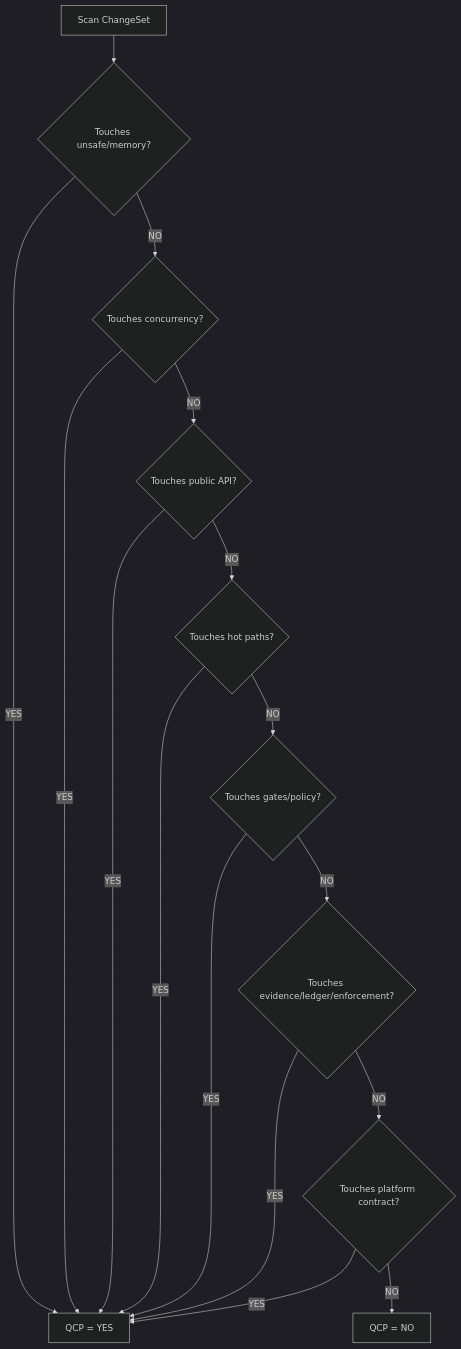
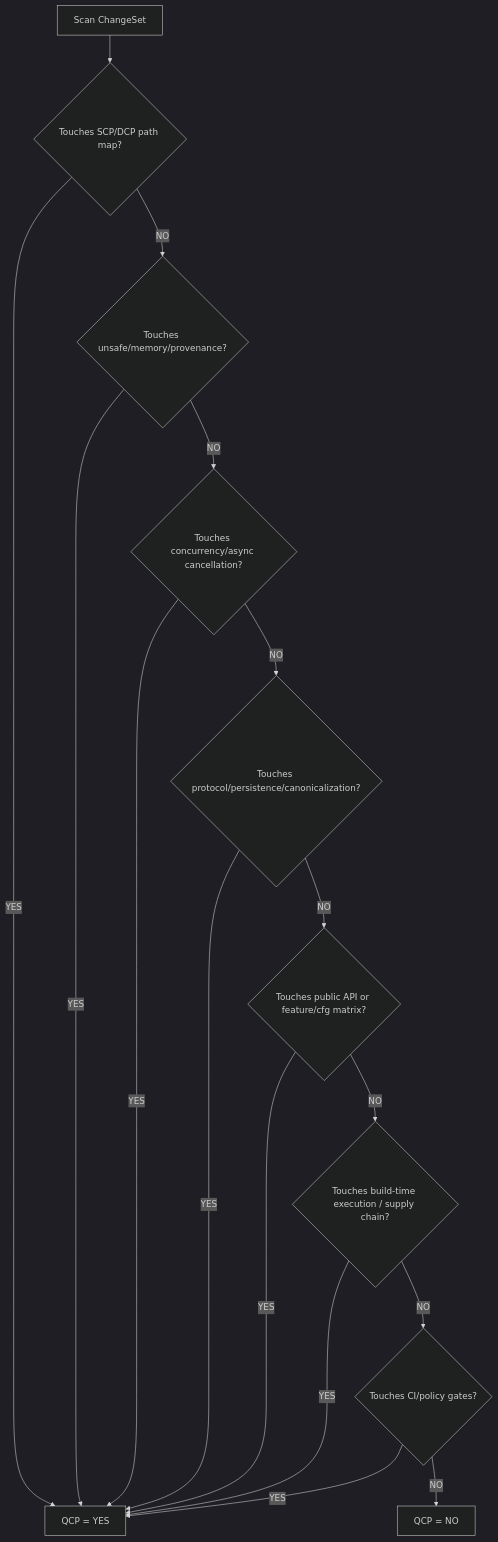
The diagram in documents/skills/rust-standards/references/04_qcp_classification.md (rumi-engineering/apm2), drawn with Mermaid (dark theme) before and after one commit. The commit also changed other lines of this file and 40 other files, not shown here.

````diff
--- a/documents/skills/rust-standards/references/04_qcp_classification.md
+++ b/documents/skills/rust-standards/references/04_qcp_classification.md
@@ -14,21 +25,21 @@
 ```mermaid
 flowchart TD
-    START[Scan ChangeSet] --> A{Touches unsafe/memory?}
+    START[Scan ChangeSet] --> A{Touches SCP/DCP path map?}
     A -->|YES| QCP_YES
-    A -->|NO| B{Touches concurrency?}
+    A -->|NO| B{Touches unsafe/memory/provenance?}
     B -->|YES| QCP_YES
-    B -->|NO| C{Touches public API?}
+    B -->|NO| C{Touches concurrency/async cancellation?}
     C -->|YES| QCP_YES
-    C -->|NO| D{Touches hot paths?}
+    C -->|NO| D{Touches protocol/persistence/canonicalization?}
     D -->|YES| QCP_YES
-    D -->|NO| E{Touches gates/policy?}
+    D -->|NO| E{Touches public API or feature/cfg matrix?}
     E -->|YES| QCP_YES
-    E -->|NO| F{Touches evidence/ledger/enforcement?}
+    E -->|NO| F{Touches build-time execution / supply chain?}
     F -->|YES| QCP_YES
-    F -->|NO| G{Touches platform contract?}
+    F -->|NO| G{Touches CI/policy gates?}
     G -->|YES| QCP_YES
     G -->|NO| QCP_NO
 
     QCP_YES[QCP = YES]
     QCP_NO[QCP = NO]
 ```
````
